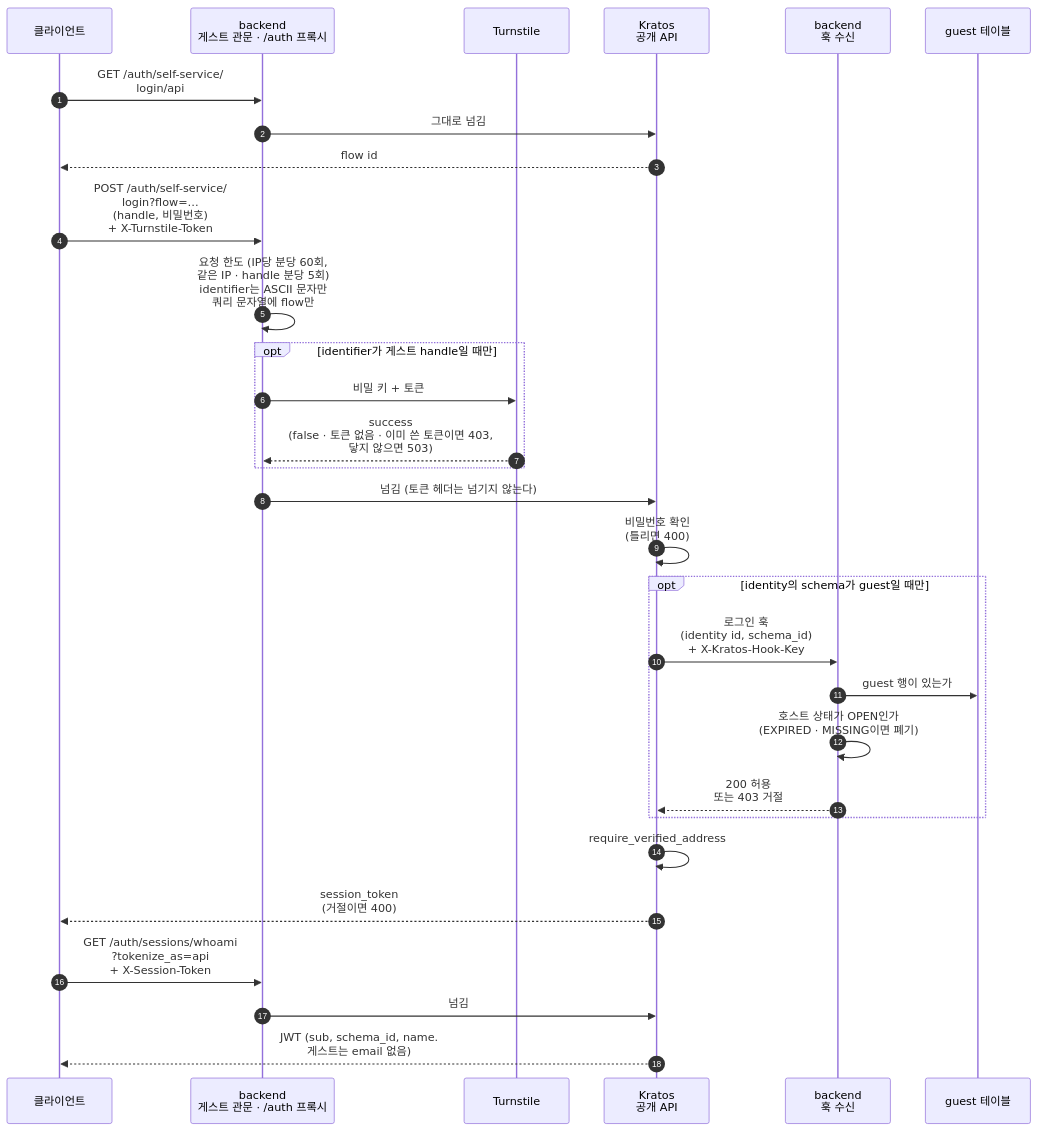
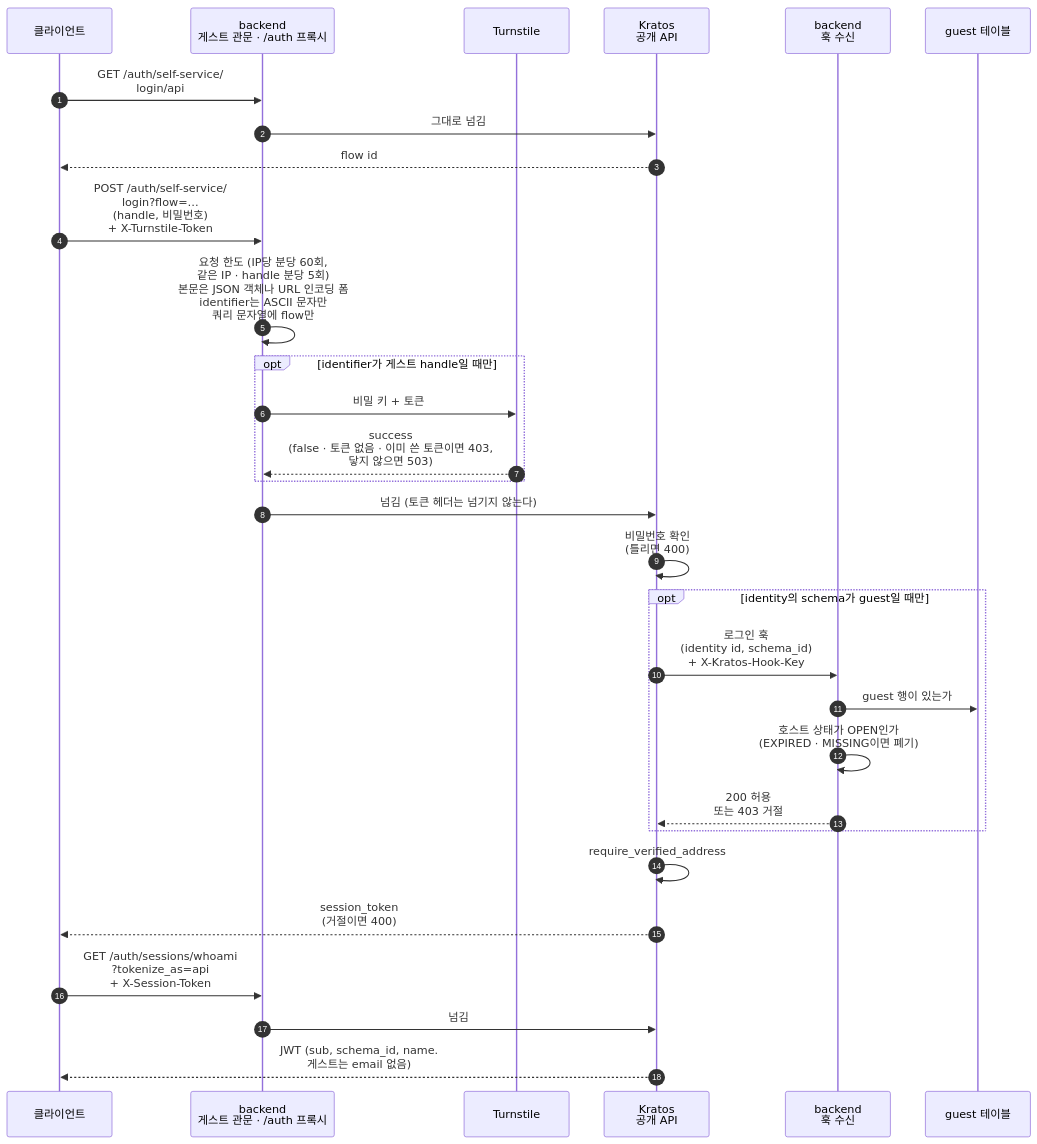
One commit to onprem-hipster-timer/backend changed the third of 10 diagrams in docs/guides/guest.ko.md. Above: the diagram before and after it, drawn with Mermaid. The commit also changed other lines of this file and 5 other files, not shown here.

````diff
--- a/docs/guides/guest.ko.md
+++ b/docs/guides/guest.ko.md
@@ -173,35 +173,35 @@
 ```mermaid
 sequenceDiagram
     autonumber
     participant C as 클라이언트
     participant P as backend<br/>게스트 관문 · /auth 프록시
     participant T as Turnstile
     participant K as Kratos<br/>공개 API
     participant H as backend<br/>훅 수신
     participant D as guest 테이블
 
     C->>P: GET /auth/self-service/<br/>login/api
     P->>K: 그대로 넘김
     K-->>C: flow id
 
     C->>P: POST /auth/self-service/<br/>login?flow=…<br/>(handle, 비밀번호)<br/>+ X-Turnstile-Token
-    P->>P: 요청 한도 (IP당 분당 60회,<br/>같은 IP · handle 분당 5회)<br/>identifier는 ASCII 문자만<br/>쿼리 문자열에 flow만
+    P->>P: 요청 한도 (IP당 분당 60회,<br/>같은 IP · handle 분당 5회)<br/>본문은 JSON 객체나 URL 인코딩 폼<br/>identifier는 ASCII 문자만<br/>쿼리 문자열에 flow만
     opt identifier가 게스트 handle일 때만
         P->>T: 비밀 키 + 토큰
         T-->>P: success<br/>(false · 토큰 없음 · 이미 쓴 토큰이면 403,<br/>닿지 않으면 503)
     end
     P->>K: 넘김 (토큰 헤더는 넘기지 않는다)
     K->>K: 비밀번호 확인<br/>(틀리면 400)
     opt identity의 schema가 guest일 때만
         K->>H: 로그인 훅<br/>(identity id, schema_id)<br/>+ X-Kratos-Hook-Key
         H->>D: guest 행이 있는가
         H->>H: 호스트 상태가 OPEN인가<br/>(EXPIRED · MISSING이면 폐기)
         H-->>K: 200 허용<br/>또는 403 거절
     end
     K->>K: require_verified_address
     K-->>C: session_token<br/>(거절이면 400)
 
     C->>P: GET /auth/sessions/whoami<br/>?tokenize_as=api<br/>+ X-Session-Token
     P->>K: 넘김
     K-->>C: JWT (sub, schema_id, name.<br/>게스트는 email 없음)
 ```
````
